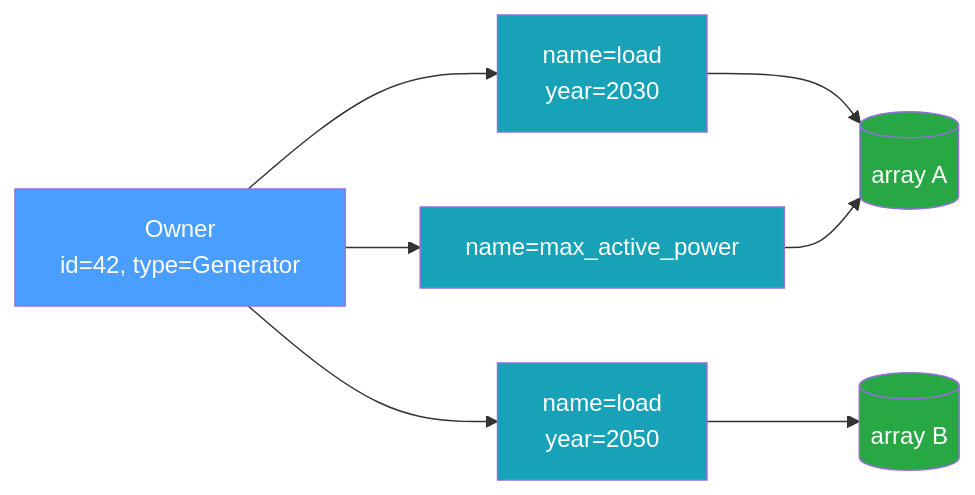
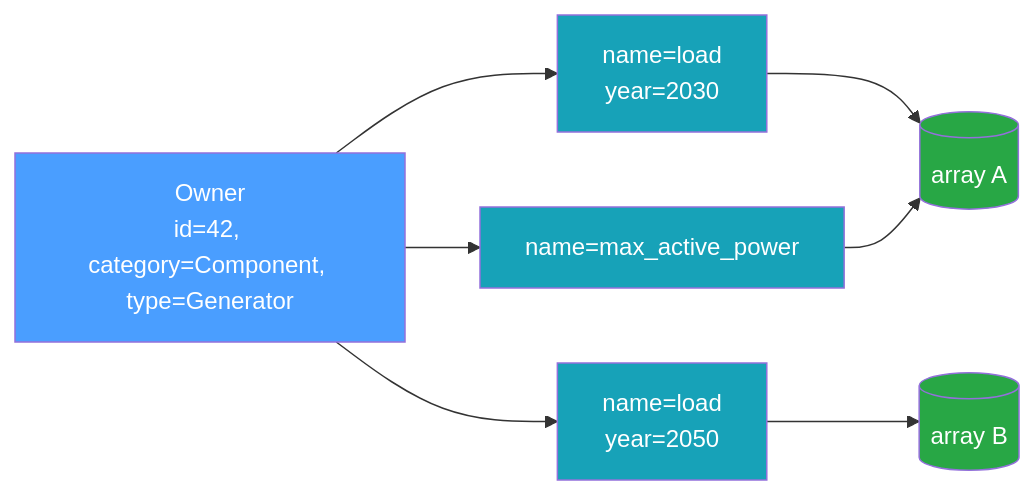
One commit to NatLabRockies/infrastore changed the diagram in docs/src/explanation/data-model.md. Above: the diagram before and after it, drawn with Mermaid. The commit also changed other lines of this file and 41 other files, not shown here.

````diff
--- a/docs/src/explanation/data-model.md
+++ b/docs/src/explanation/data-model.md
@@ -135,17 +141,17 @@
 ```mermaid
 flowchart LR
-    OWNER["Owner<br/>id=42, type=Generator"]
+    OWNER["Owner<br/>id=42, category=Component, type=Generator"]
     OWNER --> K1["name=load<br/>year=2030"]
     OWNER --> K2["name=load<br/>year=2050"]
     OWNER --> K3["name=max_active_power"]
     K1 --> A1[("array A")]
     K2 --> A2[("array B")]
     K3 --> A1
 
     style OWNER fill:#4a9eff,color:#fff
     style K1 fill:#17a2b8,color:#fff
     style K2 fill:#17a2b8,color:#fff
     style K3 fill:#17a2b8,color:#fff
     style A1 fill:#28a745,color:#fff
     style A2 fill:#28a745,color:#fff
 ```
````
